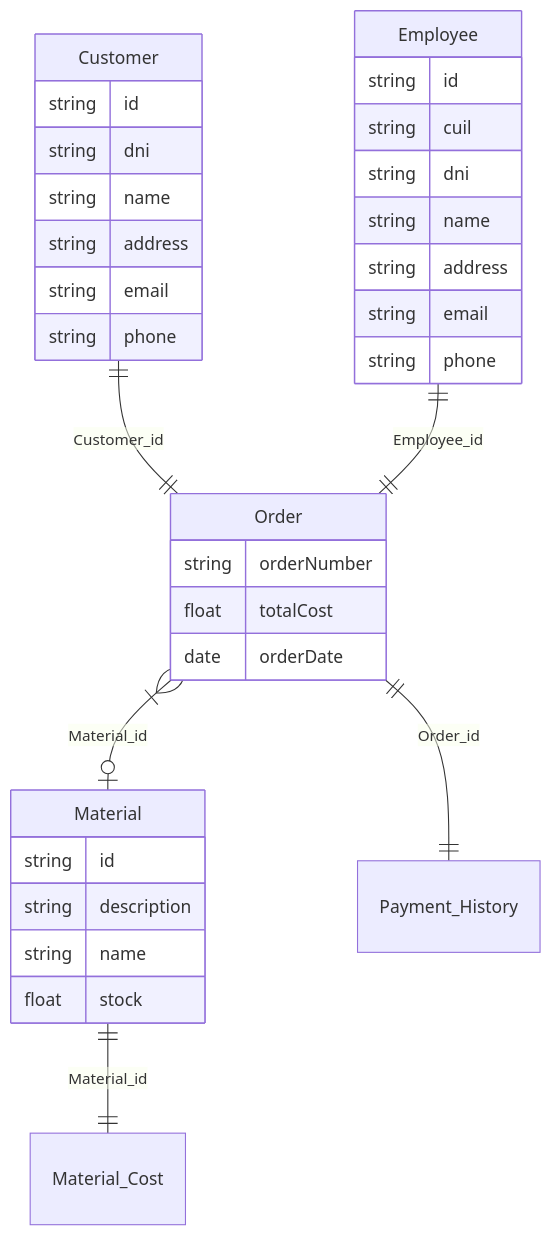
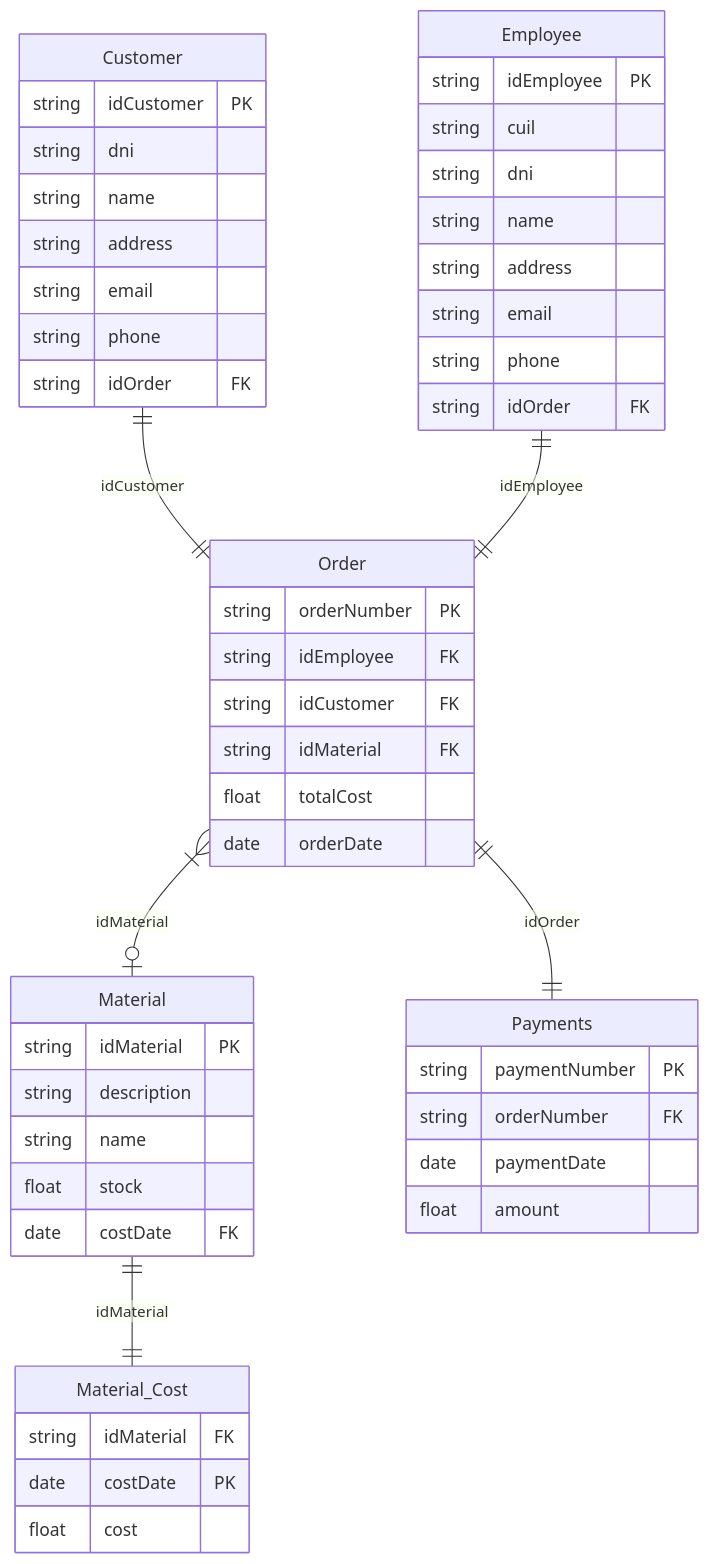
One commit to utnfrrodsw/tp changed the diagram in proposal.md. Above: the diagram before and after it, drawn with Mermaid. The commit also changed other lines of this file, not shown here.

Commit message:
update proposal

````diff
--- a/proposal.md
+++ b/proposal.md
@@ -17,46 +17,61 @@
 ```mermaid
 erDiagram
 
 Customer{
-string id
+string idCustomer PK
 string dni
 string name
 string address
 string email
 string phone
+string idOrder FK
 }
 
 Employee{
-string id
+string idEmployee PK
 string cuil
 string dni
 string name
 string address
 string email
 string phone
+string idOrder FK
 }
 
 Order{
-string orderNumber
+string orderNumber PK
+string idEmployee FK
+string idCustomer FK
+string idMaterial FK
 float totalCost
-date orderDate    
+date orderDate
 }
 
 Material{
-string id
+string idMaterial PK
 string description
 string name
 float stock
+date costDate FK
 }
 
-Material_Cost
+Material_Cost{
+string idMaterial FK
+date costDate PK
+float cost 
+}
 
-Payment_History
+Payments{
+string paymentNumber PK
+string orderNumber FK 
+date paymentDate
+float amount 
+}
 
 
-Customer ||--|| Order:Customer_id
-Employee ||--|| Order:Employee_id
-Order }|--o| Material:Material_id
-Order ||--|| Payment_History:Order_id
-Material ||--|| Material_Cost:Material_id 
+Customer ||--|| Order:idCustomer
+Employee ||--|| Order:idEmployee
+Order }|--o| Material:idMaterial
+Order ||--|| Payments:idOrder
+Material ||--|| Material_Cost:idMaterial 
 ```
````
